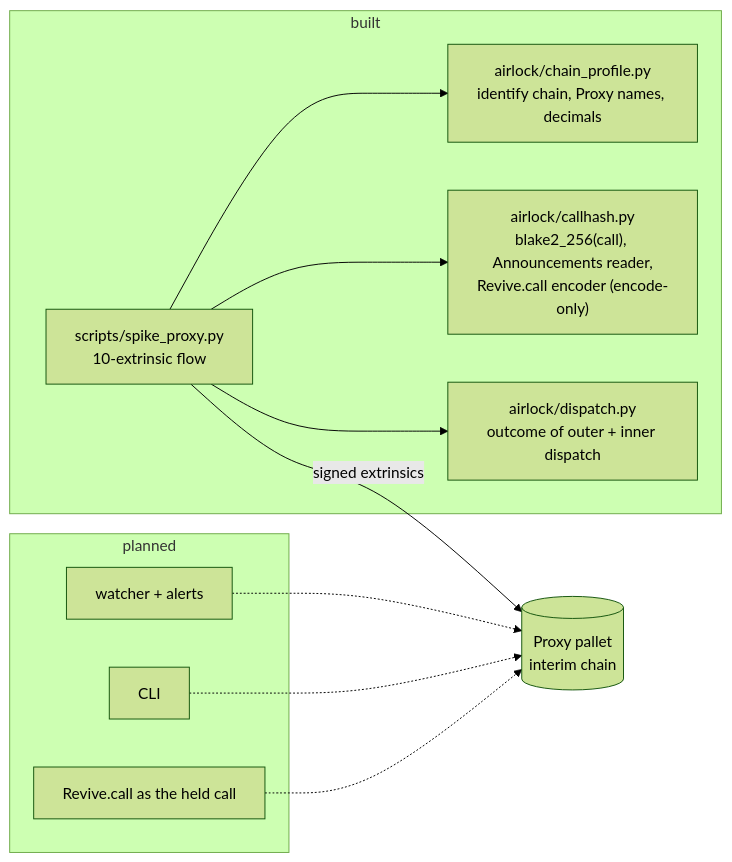
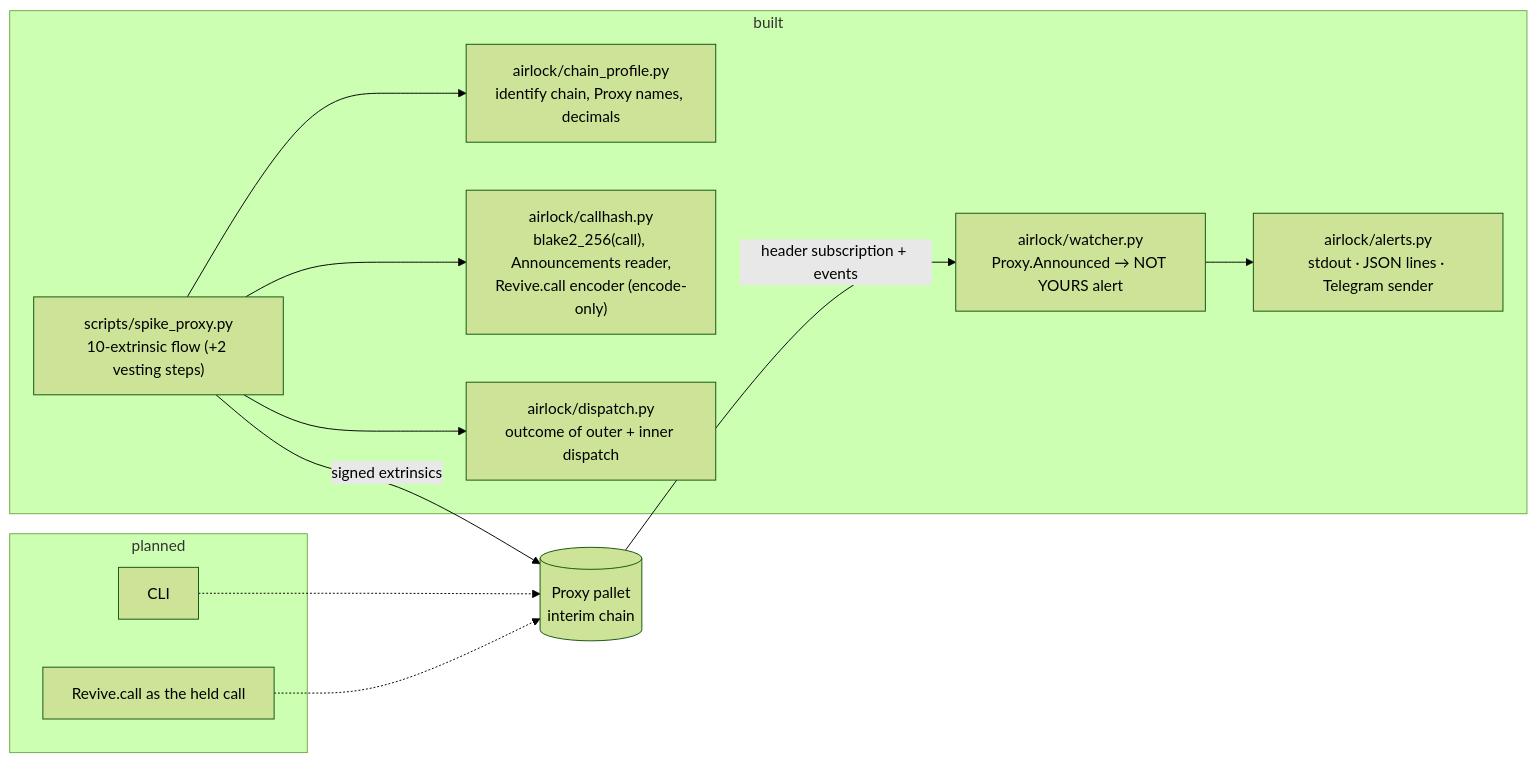
The diagram in README.md (edycutjong/portaldot-hackathon-2026-airlock-edycu), drawn with Mermaid (forest theme) before and after one commit. The commit also changed other lines of this file, not shown here.

Commit message:
README: watcher, re-fetch and vesting steps reflected; counts to HEAD

````diff
--- a/README.md
+++ b/README.md
@@ -49,21 +49,23 @@
 ```mermaid
 flowchart LR
   subgraph built["built"]
     CP["airlock/chain_profile.py<br/>identify chain, Proxy names, decimals"]
     CH["airlock/callhash.py<br/>blake2_256(call), Announcements reader,<br/>Revive.call encoder (encode-only)"]
     DP["airlock/dispatch.py<br/>outcome of outer + inner dispatch"]
-    SP["scripts/spike_proxy.py<br/>10-extrinsic flow"]
+    SP["scripts/spike_proxy.py<br/>10-extrinsic flow (+2 vesting steps)"]
+    W["airlock/watcher.py<br/>Proxy.Announced → NOT YOURS alert"]
+    AL["airlock/alerts.py<br/>stdout · JSON lines · Telegram sender"]
   end
   subgraph planned["planned"]
-    W["watcher + alerts"]
     CLI["CLI"]
     REV["Revive.call as the held call"]
   end
   SP --> CP
   SP --> CH
   SP --> DP
   SP -->|"signed extrinsics"| N[("Proxy pallet<br/>interim chain")]
-  W -.-> N
+  N -->|"header subscription + events"| W
+  W --> AL
   CLI -.-> N
   REV -.-> N
 ```
````
